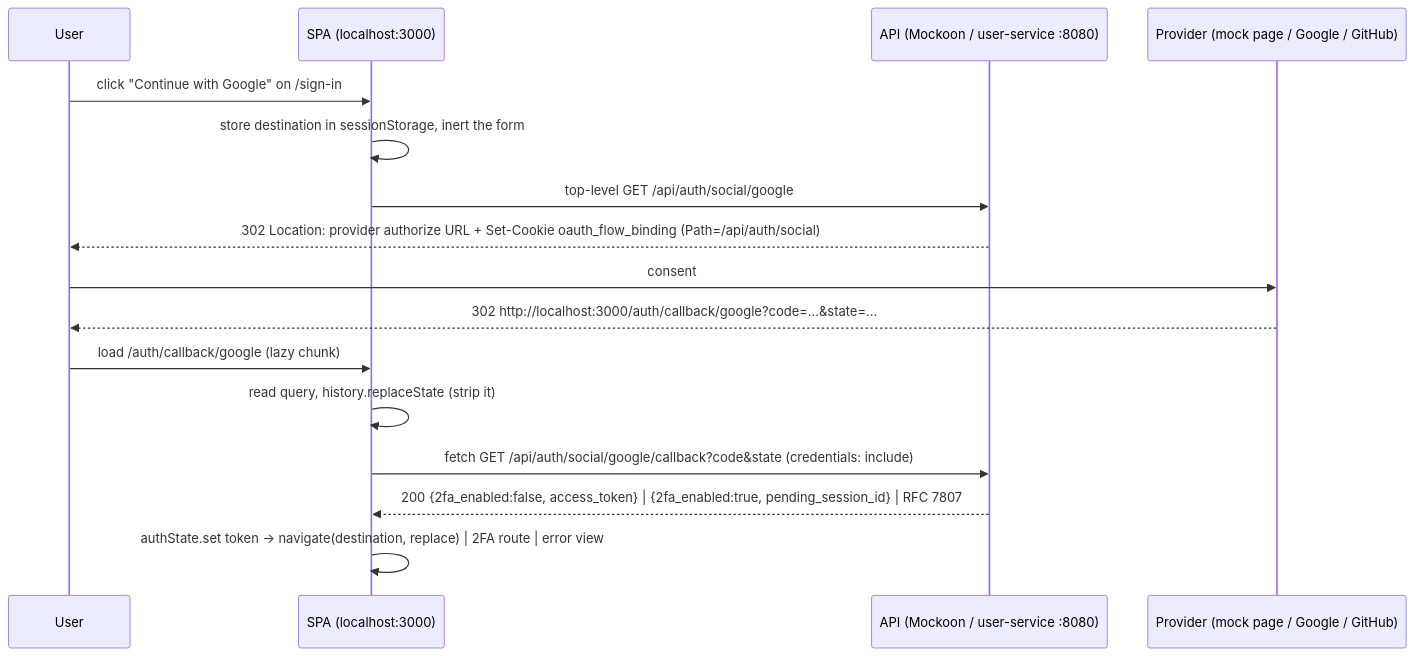
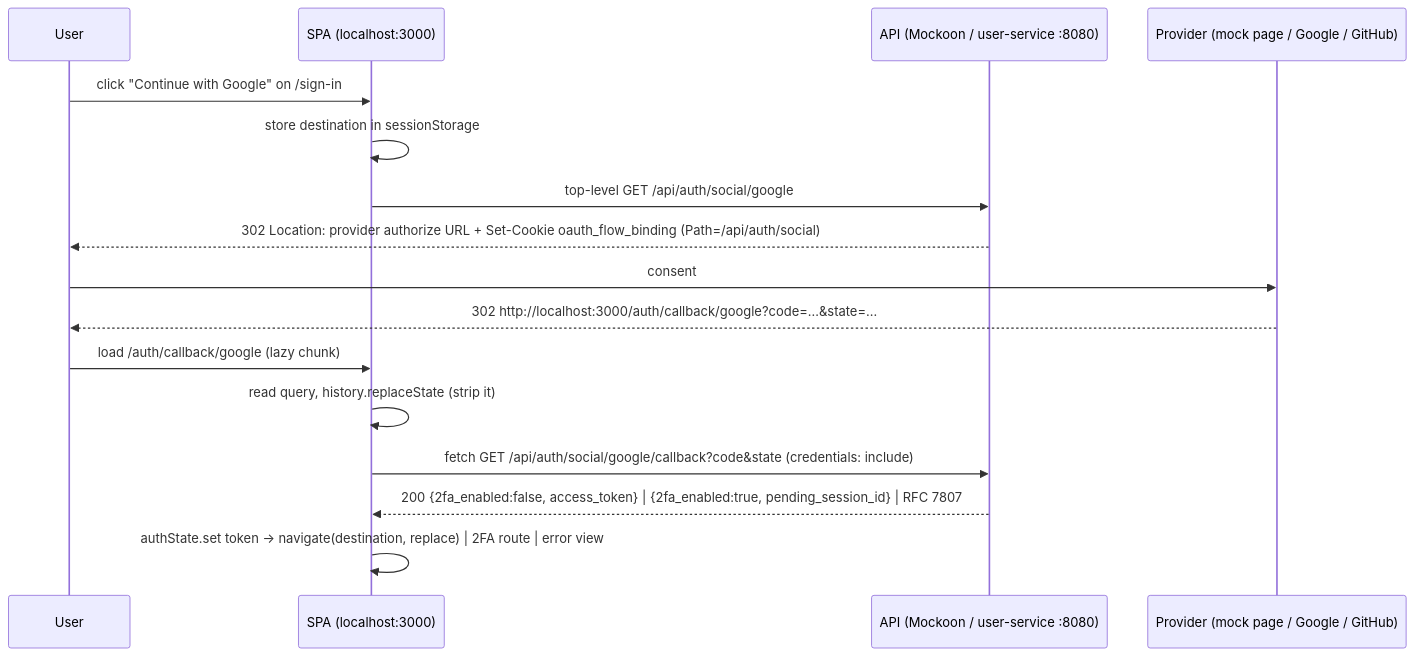
The first of 2 diagrams in specs/social-sign-in/planning-artifacts/architecture-social-sign-in-2026-11-18.md (VilnaCRM-Org/crm), drawn with Mermaid before and after one commit. The commit also changed other lines of this file and 20 other files, not shown here.

````diff
--- a/specs/social-sign-in/planning-artifacts/architecture-social-sign-in-2026-11-18.md
+++ b/specs/social-sign-in/planning-artifacts/architecture-social-sign-in-2026-11-18.md
@@ -38,18 +39,18 @@
 ```mermaid
 sequenceDiagram
     participant U as User
     participant SPA as SPA (localhost:3000)
     participant API as API (Mockoon / user-service :8080)
     participant P as Provider (mock page / Google / GitHub)
     U->>SPA: click "Continue with Google" on /sign-in
-    SPA->>SPA: store destination in sessionStorage, inert the form
+    SPA->>SPA: store destination in sessionStorage
     SPA->>API: top-level GET /api/auth/social/google
     API-->>U: 302 Location: provider authorize URL + Set-Cookie oauth_flow_binding (Path=/api/auth/social)
     U->>P: consent
     P-->>U: 302 http://localhost:3000/auth/callback/google?code=…&state=…
     U->>SPA: load /auth/callback/google (lazy chunk)
     SPA->>SPA: read query, history.replaceState (strip it)
     SPA->>API: fetch GET /api/auth/social/google/callback?code&state (credentials: include)
     API-->>SPA: 200 {2fa_enabled:false, access_token} | {2fa_enabled:true, pending_session_id} | RFC 7807
     SPA->>SPA: authState.set token → navigate(destination, replace) | 2FA route | error view
 ```
````
